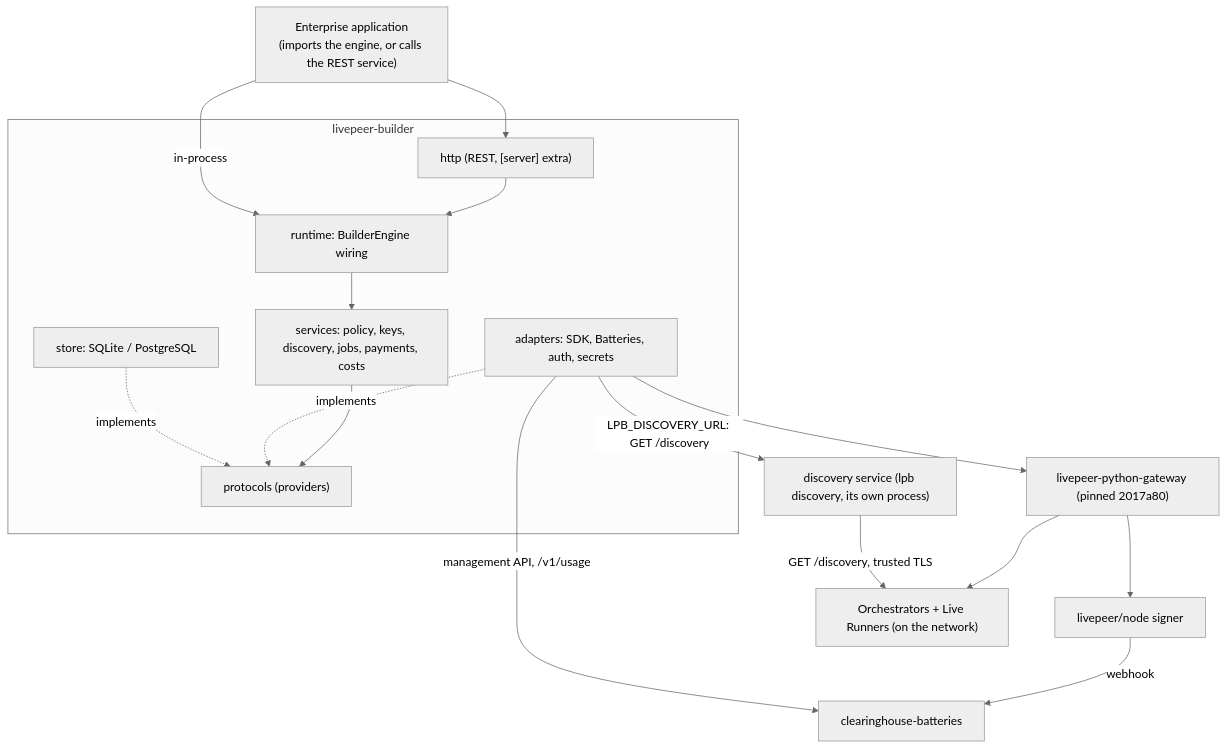
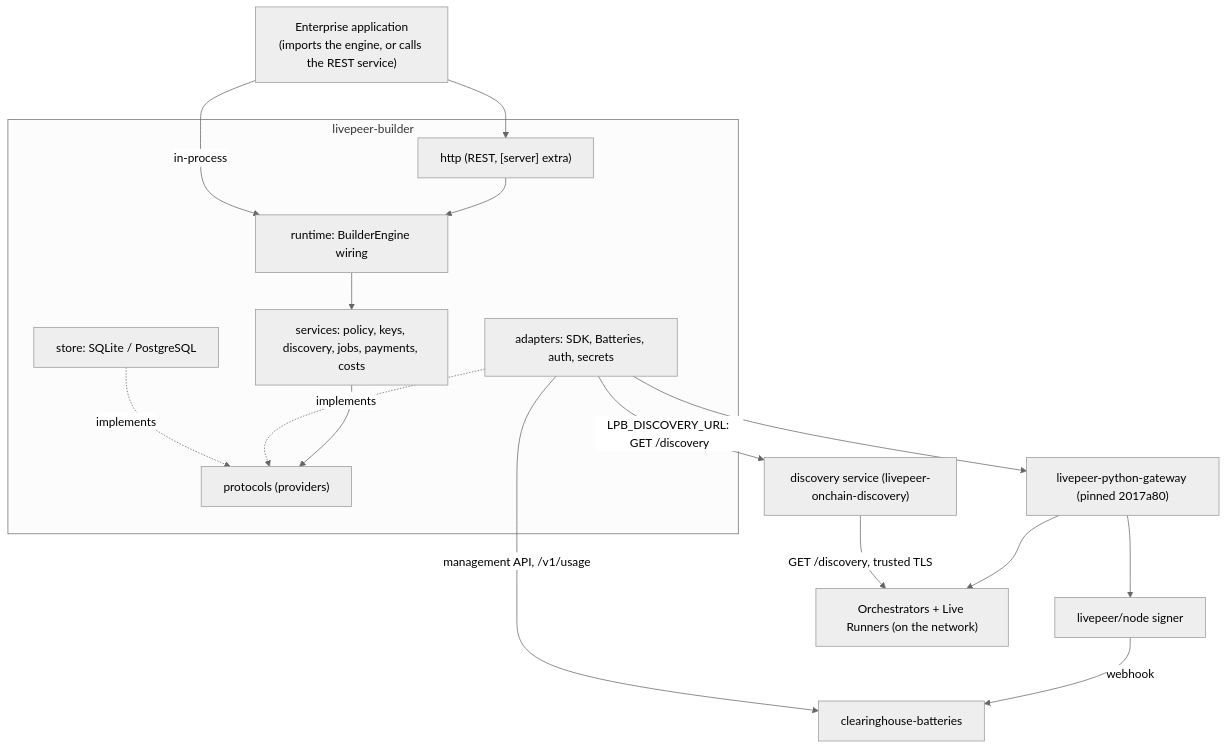
Before and after one commit to NE-Build-Track/livepeer-builder-core: the diagram in ARCHITECTURE.md, drawn with Mermaid (neutral theme). The commit also changed other lines of this file and 49 other files, not shown here.

First line of the commit message:
refactor(discovery)!: remove the lpb discovery process

````diff
--- a/ARCHITECTURE.md
+++ b/ARCHITECTURE.md
@@ -7,26 +7,26 @@
 ```mermaid
 flowchart TB
     App["Enterprise application<br/>(imports the engine, or calls the REST service)"]
     subgraph Engine["livepeer-builder"]
         HTTP["http (REST, [server] extra)"]
         RT["runtime: BuilderEngine wiring"]
         SVC["services: policy, keys, discovery, jobs, payments, costs"]
         PROV["protocols (providers)"]
         AD["adapters: SDK, Batteries, auth, secrets"]
         ST["store: SQLite / PostgreSQL"]
     end
-    Disc["discovery service (lpb discovery, its own process)"]
+    Disc["discovery service (livepeer-onchain-discovery)"]
     SDK["livepeer-python-gateway (pinned 2017a80)"]
     Signer["livepeer/node signer"]
     Bat["clearinghouse-batteries"]
     Orch["Orchestrators + Live Runners (on the network)"]
     App --> HTTP --> RT
     App -->|"in-process"| RT
     RT --> SVC --> PROV
     AD -.implements.-> PROV
     ST -.implements.-> PROV
     AD --> SDK --> Signer -->|"webhook"| Bat
     SDK --> Orch
     AD -->|"LPB_DISCOVERY_URL: GET /discovery"| Disc -->|"GET /discovery, trusted TLS"| Orch
     AD -->|"management API, /v1/usage"| Bat
 ```
````
